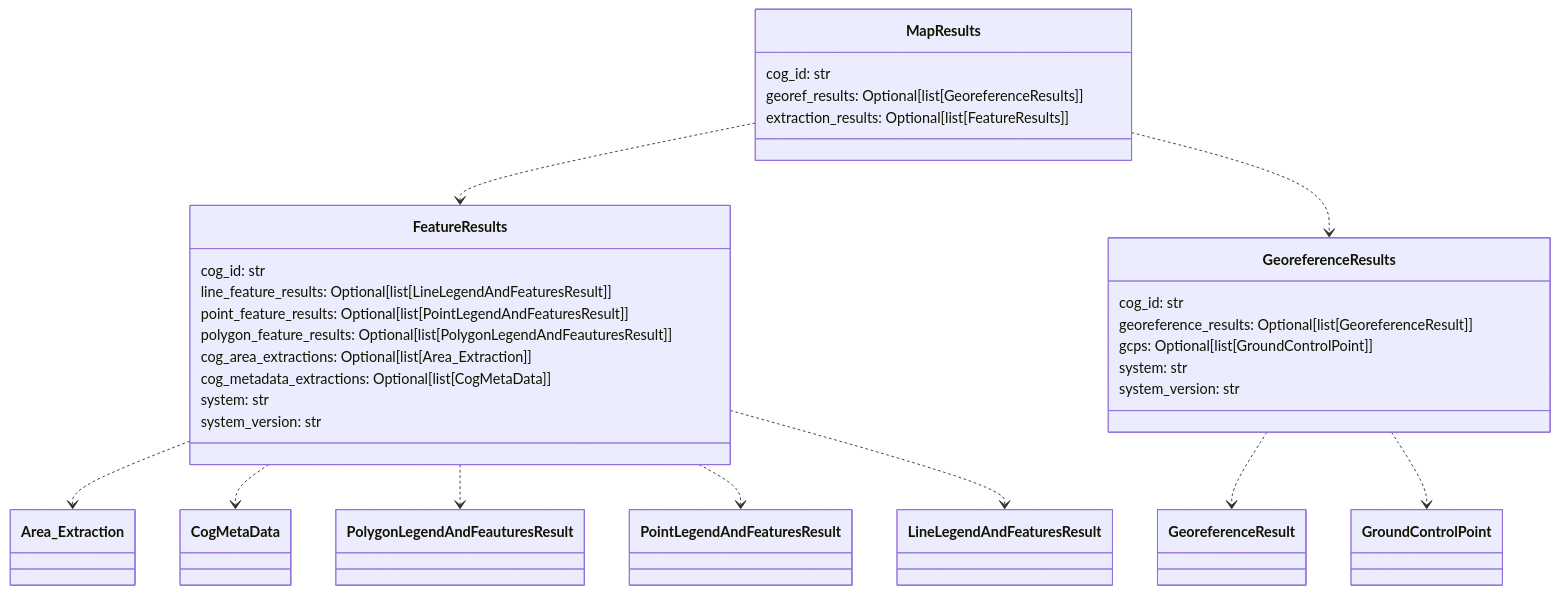
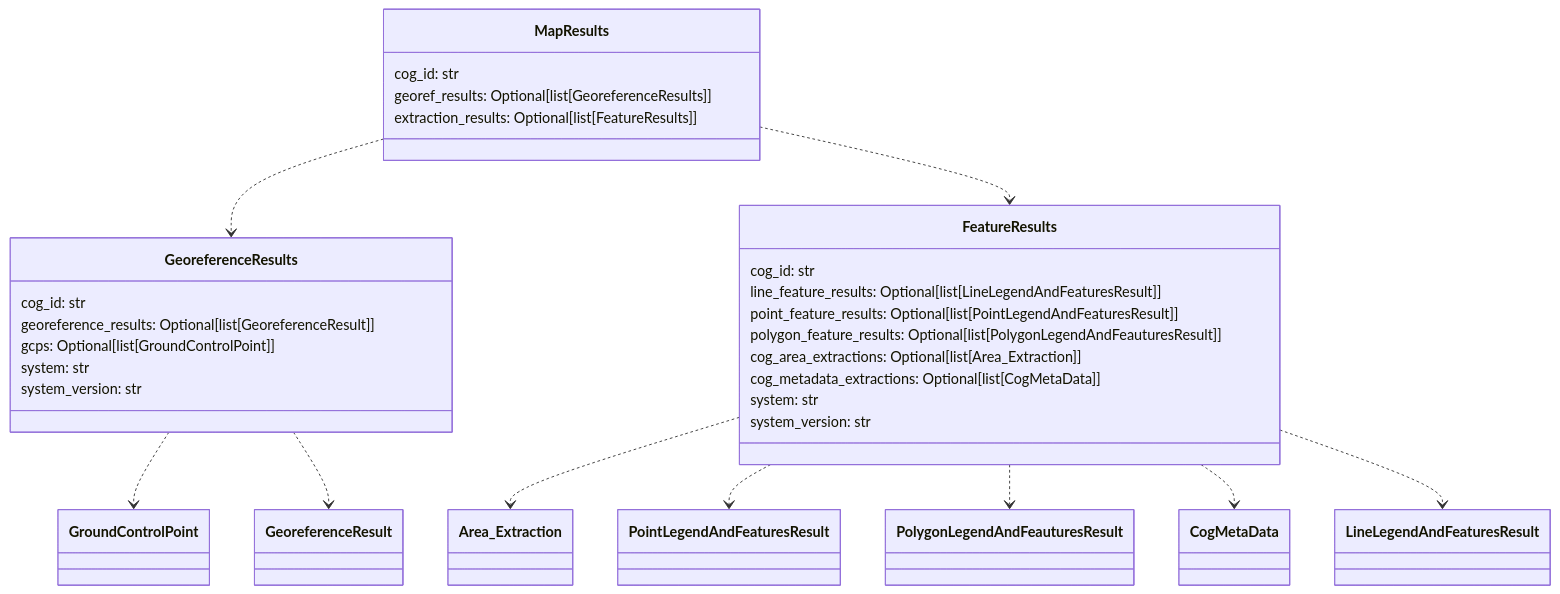
The tenth of 11 diagrams in README.md (DARPA-CRITICALMAAS/cdr_schemas), drawn with Mermaid before and after one commit. The commit also changed other lines of this file and 3 other files, not shown here.

````diff
--- a/README.md
+++ b/README.md
@@ -771,40 +767,40 @@
 ```mermaid
 classDiagram
 
-    class MapResults {
+    class GeoreferenceResults {
         cog_id: str
-        georef_results: Optional[list[GeoreferenceResults]]
-        extraction_results: Optional[list[FeatureResults]]
+        georeference_results: Optional[list[GeoreferenceResult]]
+        gcps: Optional[list[GroundControlPoint]]
+        system: str
+        system_version: str
     }
 
     class FeatureResults {
         cog_id: str
         line_feature_results: Optional[list[LineLegendAndFeaturesResult]]
         point_feature_results: Optional[list[PointLegendAndFeaturesResult]]
         polygon_feature_results: Optional[list[PolygonLegendAndFeauturesResult]]
         cog_area_extractions: Optional[list[Area_Extraction]]
         cog_metadata_extractions: Optional[list[CogMetaData]]
         system: str
         system_version: str
     }
 
-    class GeoreferenceResults {
+    class MapResults {
         cog_id: str
-        georeference_results: Optional[list[GeoreferenceResult]]
-        gcps: Optional[list[GroundControlPoint]]
-        system: str
-        system_version: str
+        georef_results: Optional[list[GeoreferenceResults]]
+        extraction_results: Optional[list[FeatureResults]]
     }
 
     FeatureResults ..> Area_Extraction
+    FeatureResults ..> PointLegendAndFeaturesResult
+    FeatureResults ..> PolygonLegendAndFeauturesResult
     FeatureResults ..> CogMetaData
-    FeatureResults ..> PolygonLegendAndFeauturesResult
-    FeatureResults ..> PointLegendAndFeaturesResult
     FeatureResults ..> LineLegendAndFeaturesResult
+    GeoreferenceResults ..> GroundControlPoint
     GeoreferenceResults ..> GeoreferenceResult
-    GeoreferenceResults ..> GroundControlPoint
+    MapResults ..> GeoreferenceResults
     MapResults ..> FeatureResults
-    MapResults ..> GeoreferenceResults
 
 
 ```
````
